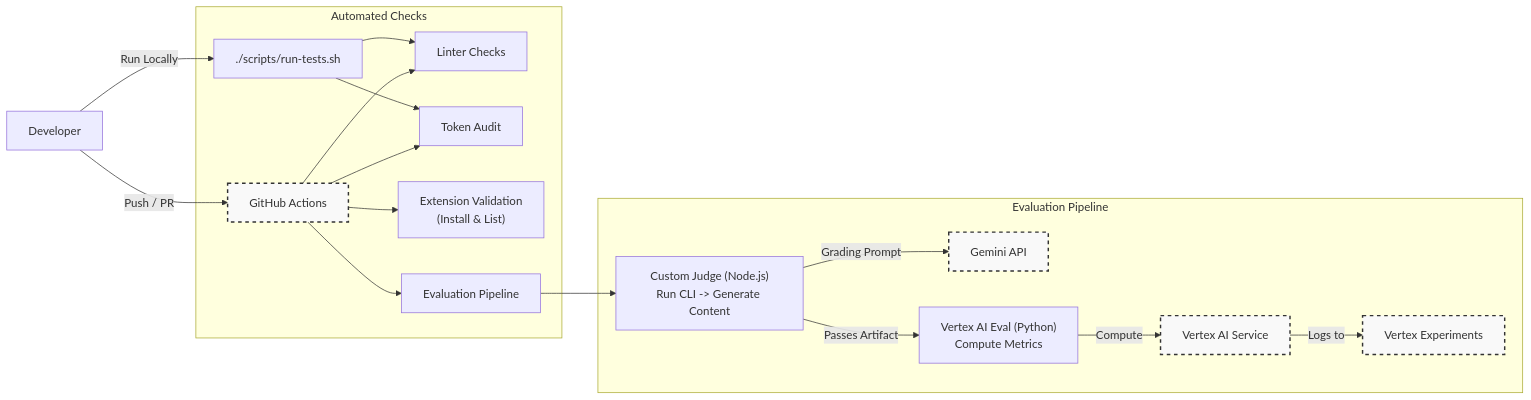
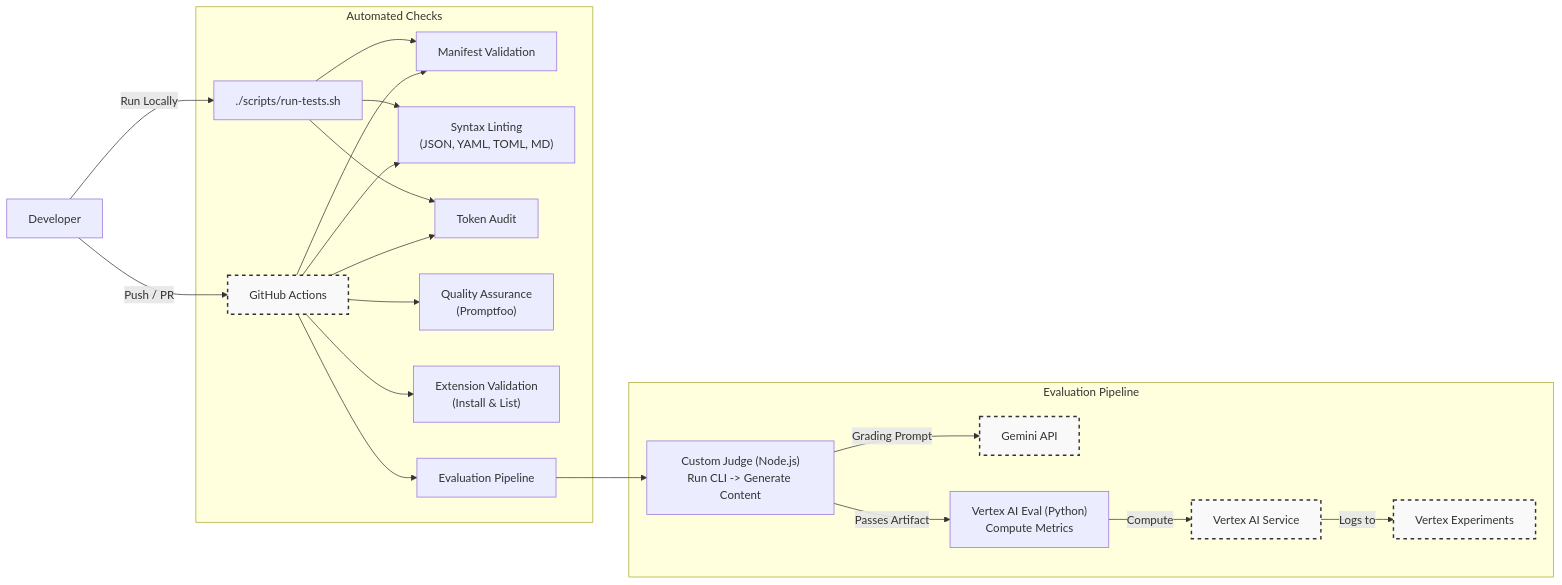
Before and after one commit to sapientcoffee/scribe: the second of 2 diagrams in README.md, drawn with Mermaid. The commit also changed other lines of this file and 9 other files, not shown here.

````diff
--- a/README.md
+++ b/README.md
@@ -124,26 +124,29 @@
 ```mermaid
 graph LR
     classDef external fill:#f9f9f9,stroke:#333,stroke-width:2px,stroke-dasharray: 5 5;
     
     Developer[Developer] -->|Run Locally| Script["./scripts/run-tests.sh"]
     Developer -->|Push / PR| GitHub[GitHub Actions]:::external
 
     subgraph "Automated Checks"
-        Script --> Linting[Linter Checks]
-        Script --> Audit[Token Audit]
+        Script --> Manifest["Manifest Validation"]
+        Script --> Syntax["Syntax Linting<br/>(JSON, YAML, TOML, MD)"]
+        Script --> Audit["Token Audit"]
         
-        GitHub --> Linting
+        GitHub --> Manifest
+        GitHub --> Syntax
         GitHub --> Audit
+        GitHub --> Quality["Quality Assurance<br/>(Promptfoo)"]
         GitHub --> Validation["Extension Validation<br/>(Install & List)"]
         
         GitHub --> EvalFlow[Evaluation Pipeline]
     end
 
     subgraph "Evaluation Pipeline"
         EvalFlow --> CustomJudge["Custom Judge (Node.js)<br/>Run CLI -> Generate Content"]
         CustomJudge -->|Grading Prompt| Gemini[Gemini API]:::external
         CustomJudge -->|Passes Artifact| VertexEval["Vertex AI Eval (Python)<br/>Compute Metrics"]
         VertexEval -->|Compute| VertexAPI[Vertex AI Service]:::external
         VertexAPI -->|Logs to| VertexConsole[Vertex Experiments]:::external
     end
 ```
````
